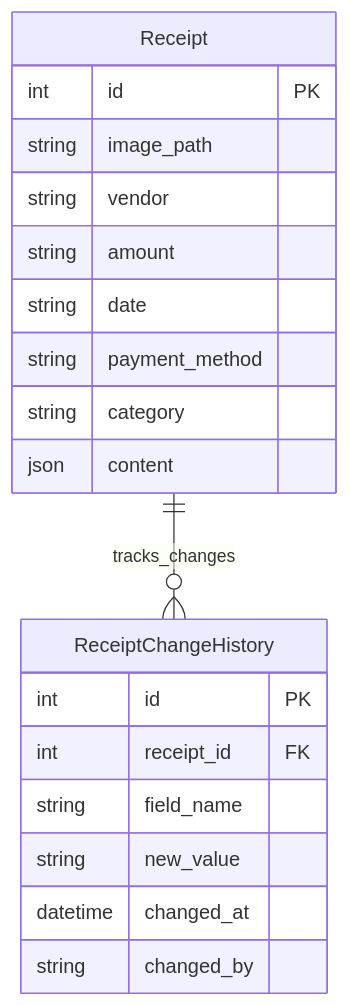
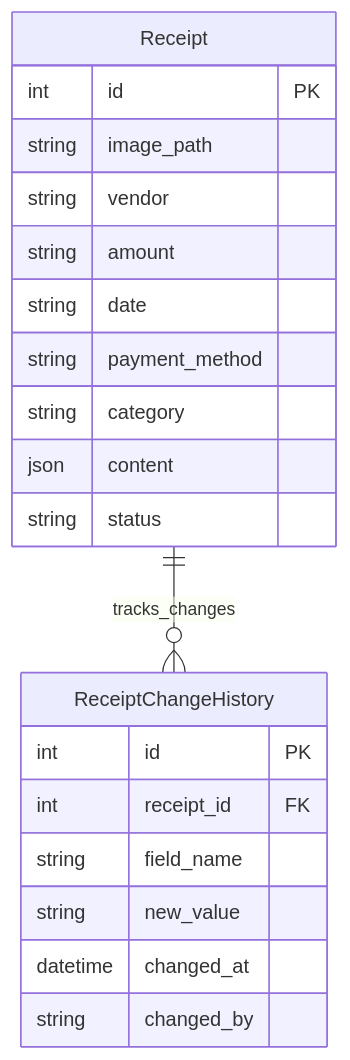
Before and after one commit to dannyzach/ten40: the first of 2 diagrams in README.md, drawn with Mermaid. The commit also changed other lines of this file and 10 other files, not shown here.

````diff
--- a/README.md
+++ b/README.md
@@ -243,22 +78,23 @@
 ```mermaid
 erDiagram
     Receipt ||--o{ ReceiptChangeHistory : "tracks_changes"
     Receipt {
         int id PK
         string image_path
         string vendor
         string amount
         string date
         string payment_method
         string category
         json content
+        string status
     }
     ReceiptChangeHistory {
         int id PK
         int receipt_id FK
         string field_name
         string new_value
         datetime changed_at
         string changed_by
     }
 ```
````
